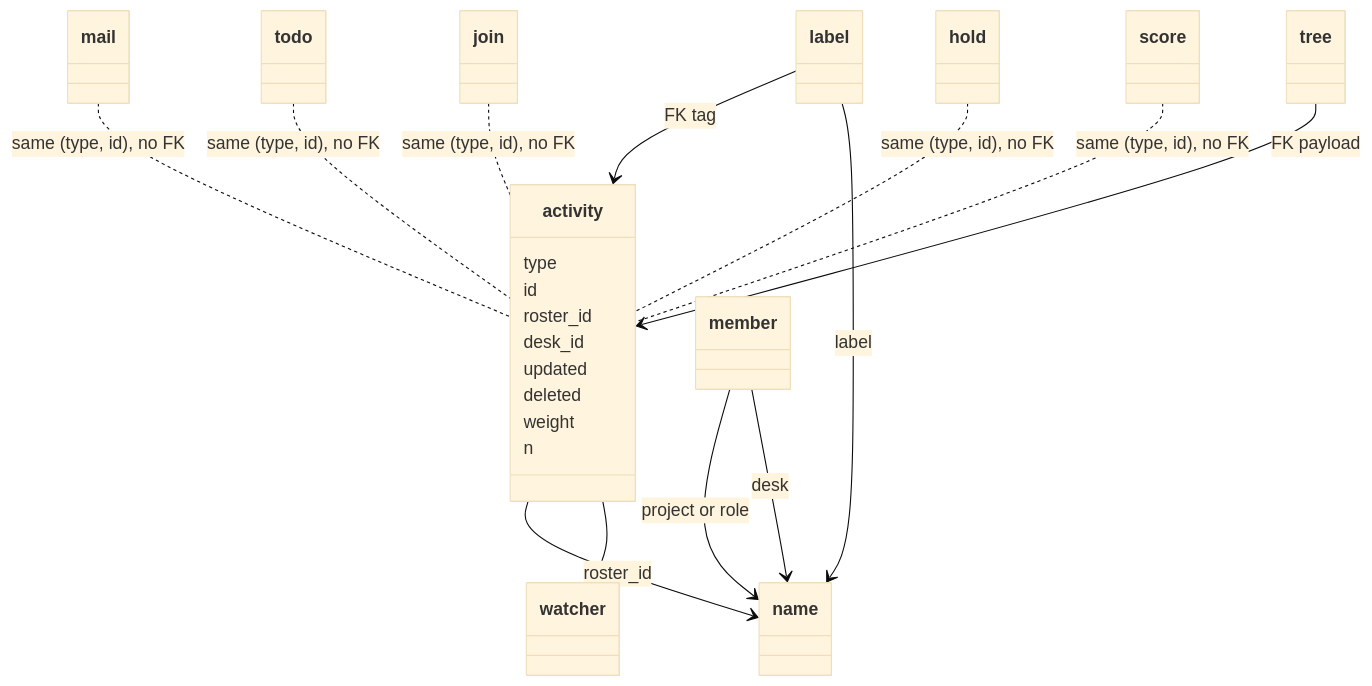
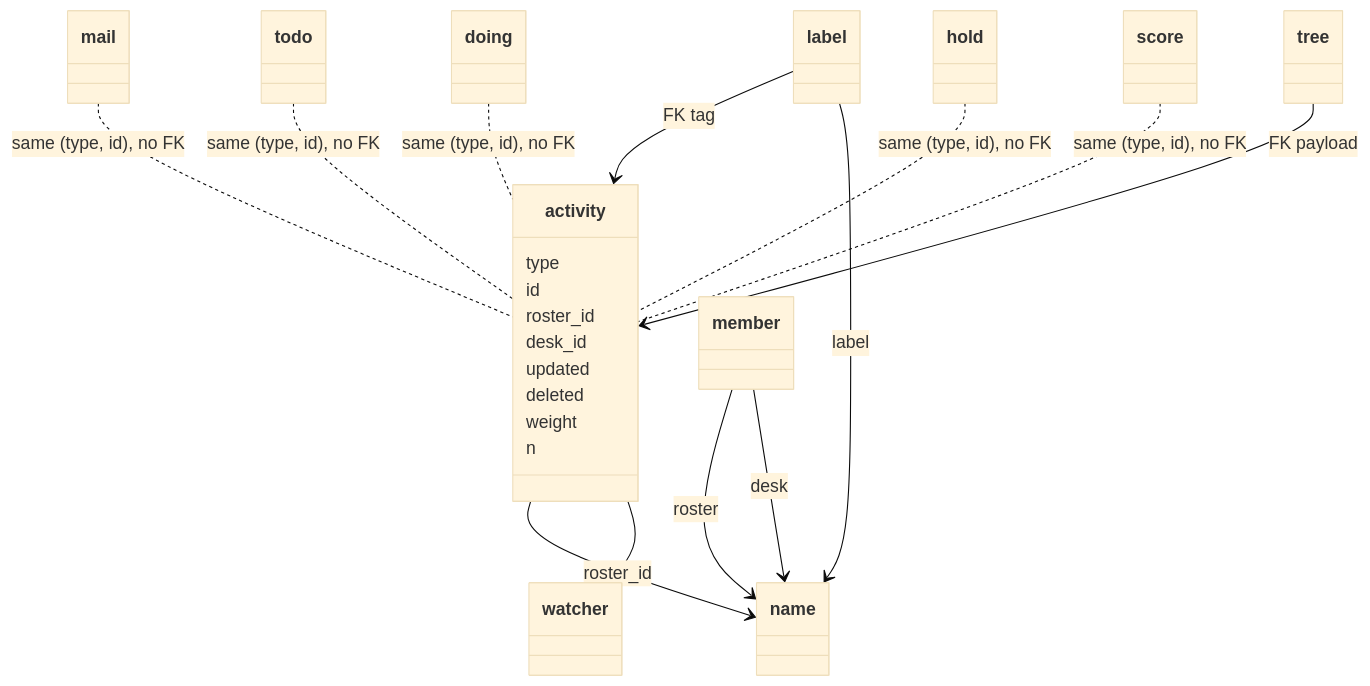
Before and after one commit to pyginapithon/the-mill: the diagram in docs/protocol/records.md, drawn with Mermaid (base theme). The commit also changed other lines of this file and 4 other files, not shown here.

First line of the commit message:
#847 docs: records, states and verbs say what the schema does (F139)

````diff
--- a/docs/protocol/records.md
+++ b/docs/protocol/records.md
@@ -38,25 +40,25 @@
 ```mermaid
 classDiagram
   class activity {
     type
     id
     roster_id
     desk_id
     updated
     deleted
     weight
     n
   }
   mail .. activity : same (type, id), no FK
   todo .. activity : same (type, id), no FK
-  join .. activity : same (type, id), no FK
+  doing .. activity : same (type, id), no FK
   hold .. activity : same (type, id), no FK
   score .. activity : same (type, id), no FK
   tree --> activity : FK payload
   label --> activity : FK tag
   activity --> name : roster_id
   activity --> watcher
   label --> name : label
-  member --> name : project or role
+  member --> name : roster
   member --> name : desk
 ```
````
